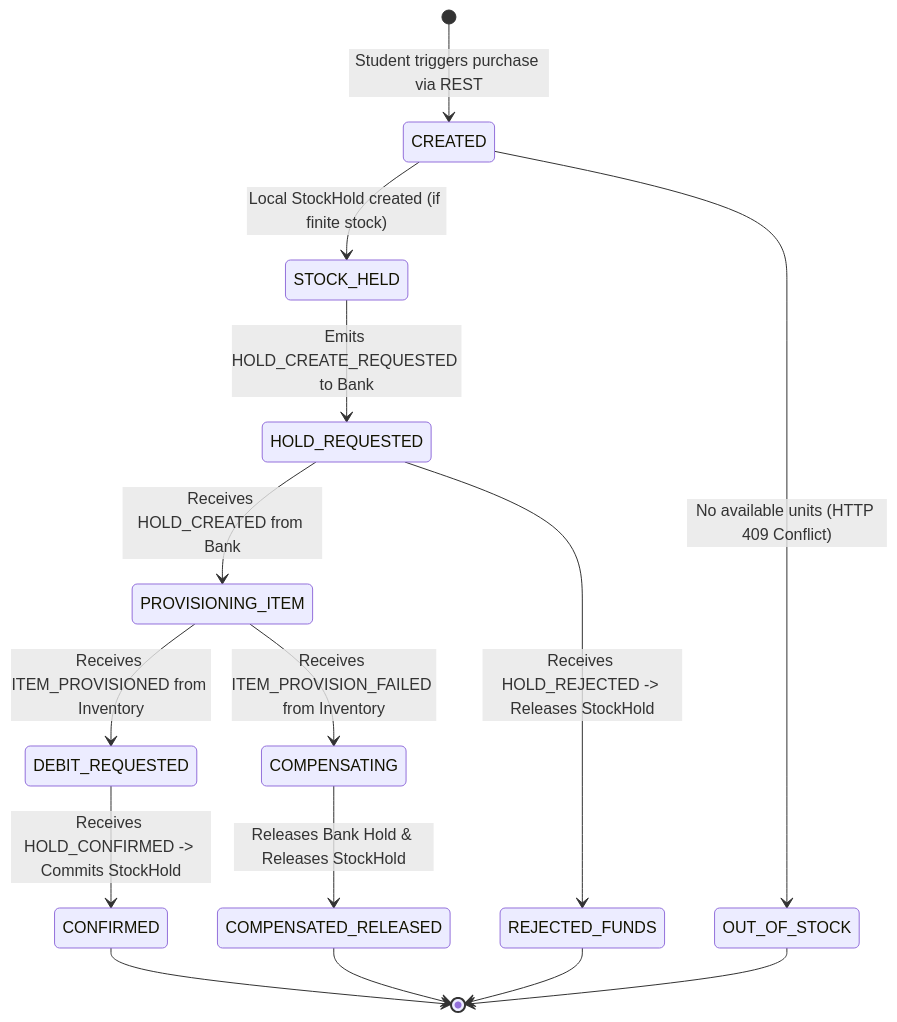
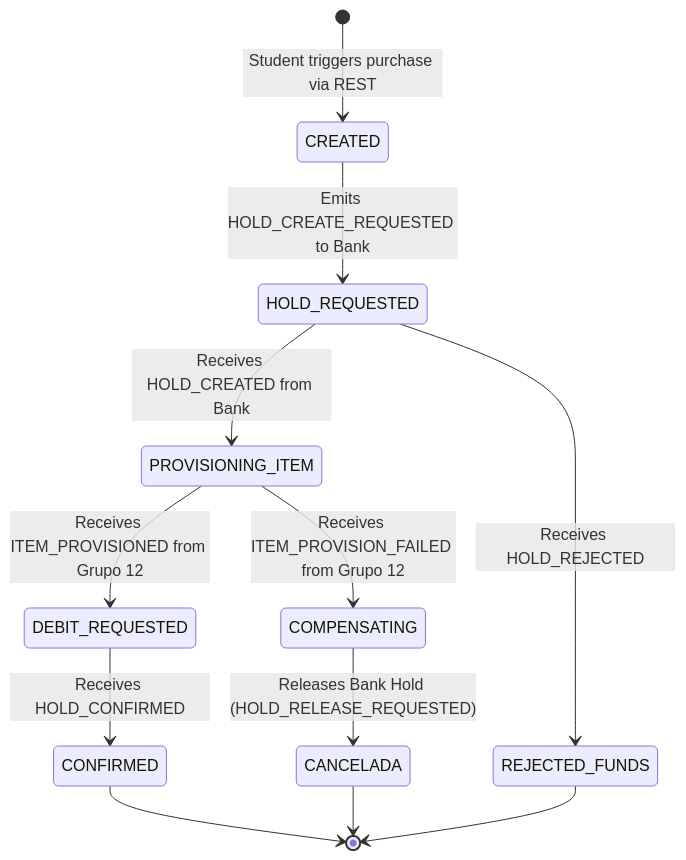
One commit to ValentinoMellia/docs changed the third of 5 diagrams in diagramas-mercado.md. Above: the diagram before and after it, drawn with Mermaid. The commit also changed other lines of this file and 11 other files, not shown here.

````diff
--- a/diagramas-mercado.md
+++ b/diagramas-mercado.md
@@ -164,22 +140,18 @@
 ```mermaid
 stateDiagram-v2
     [*] --> CREATED : Student triggers purchase via REST
-    CREATED --> STOCK_HELD : Local StockHold created (if finite stock)
-    CREATED --> OUT_OF_STOCK : No available units (HTTP 409 Conflict)
+    CREATED --> HOLD_REQUESTED : Emits HOLD_CREATE_REQUESTED to Bank
+    HOLD_REQUESTED --> PROVISIONING_ITEM : Receives HOLD_CREATED from Bank
+    HOLD_REQUESTED --> REJECTED_FUNDS : Receives HOLD_REJECTED
     
-    STOCK_HELD --> HOLD_REQUESTED : Emits HOLD_CREATE_REQUESTED to Bank
-    HOLD_REQUESTED --> PROVISIONING_ITEM : Receives HOLD_CREATED from Bank
-    HOLD_REQUESTED --> REJECTED_FUNDS : Receives HOLD_REJECTED -> Releases StockHold
+    PROVISIONING_ITEM --> DEBIT_REQUESTED : Receives ITEM_PROVISIONED from Grupo 12
+    PROVISIONING_ITEM --> COMPENSATING : Receives ITEM_PROVISION_FAILED from Grupo 12
     
-    PROVISIONING_ITEM --> DEBIT_REQUESTED : Receives ITEM_PROVISIONED from Inventory
-    PROVISIONING_ITEM --> COMPENSATING : Receives ITEM_PROVISION_FAILED from Inventory
+    COMPENSATING --> CANCELADA : Releases Bank Hold (HOLD_RELEASE_REQUESTED)
     
-    COMPENSATING --> COMPENSATED_RELEASED : Releases Bank Hold & Releases StockHold
-    
-    DEBIT_REQUESTED --> CONFIRMED : Receives HOLD_CONFIRMED -> Commits StockHold
+    DEBIT_REQUESTED --> CONFIRMED : Receives HOLD_CONFIRMED
     
     CONFIRMED --> [*]
-    OUT_OF_STOCK --> [*]
     REJECTED_FUNDS --> [*]
-    COMPENSATED_RELEASED --> [*]
+    CANCELADA --> [*]
 ```
````
